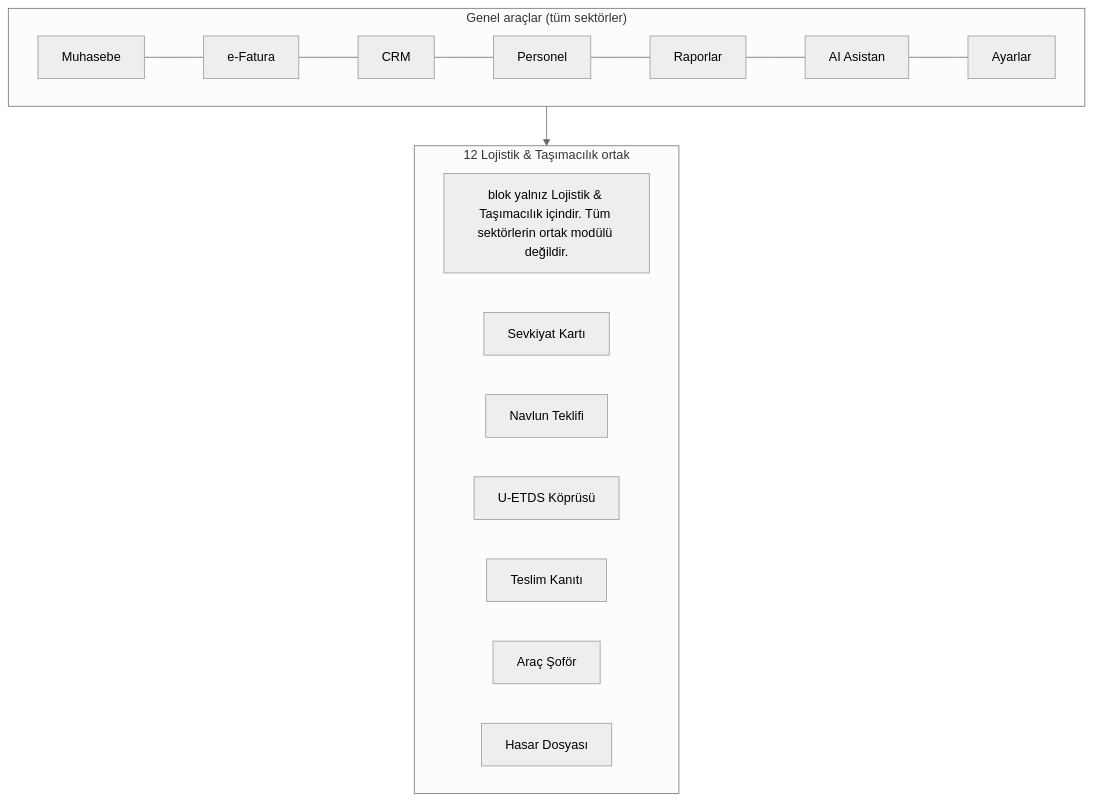
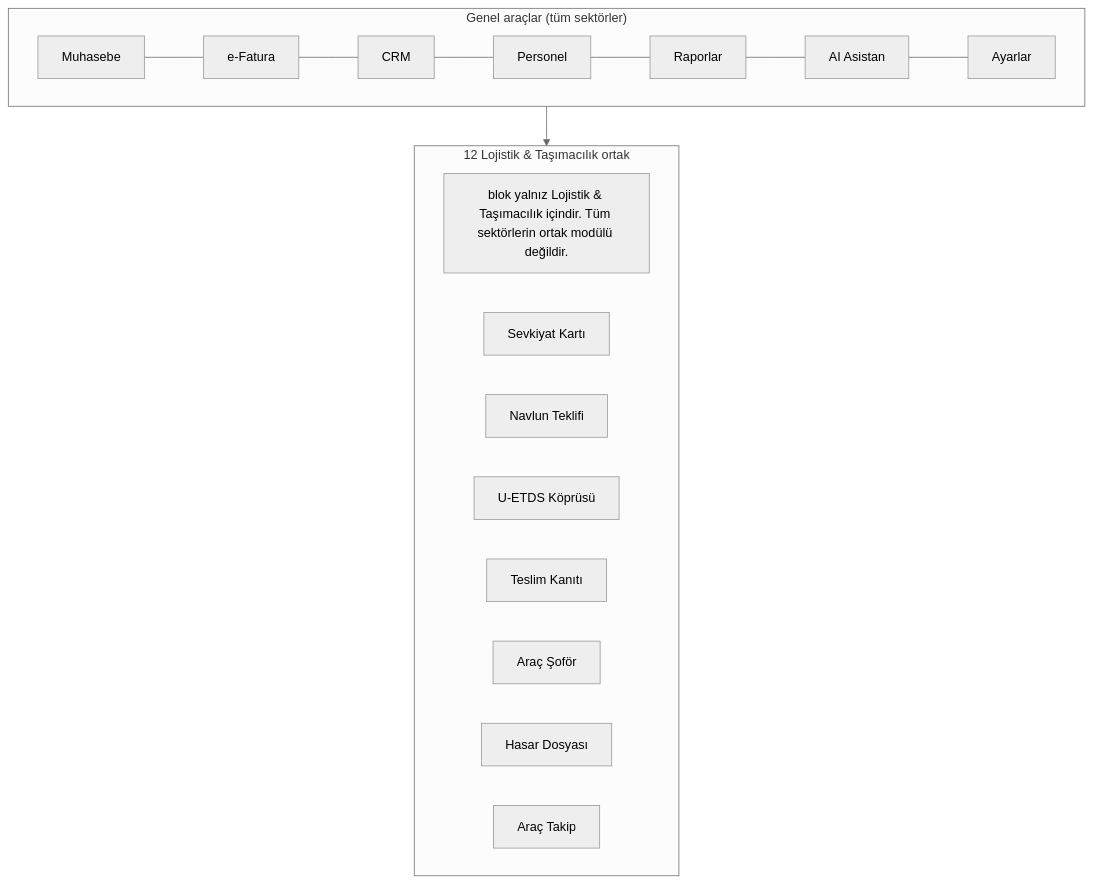
Before and after one commit to sametkarabulut-dev/xfuturepos-v2: the second of 2 diagrams in 01 Sektörler/12 Lojistik & Taşımacılık.md, drawn with Mermaid (neutral theme). The commit also changed other lines of this file and 5 other files, not shown here.

````diff
--- a/01 Sektörler/12 Lojistik & Taşımacılık.md
+++ b/01 Sektörler/12 Lojistik & Taşımacılık.md
@@ -66,16 +69,17 @@
 ```mermaid
 flowchart TB
   subgraph GEN["Genel araçlar (tüm sektörler)"]
     G1[Muhasebe] --- G2[e-Fatura] --- G3[CRM] --- G4[Personel] --- G5[Raporlar] --- G6[AI Asistan] --- G7[Ayarlar]
   end
   subgraph OZEL["12 Lojistik & Taşımacılık ortak"]
     O1[blok yalnız Lojistik & Taşımacılık içindir. Tüm sektörlerin ortak modülü değildir.]
     O2[Sevkiyat Kartı]
     O3[Navlun Teklifi]
     O4[U-ETDS Köprüsü]
     O5[Teslim Kanıtı]
     O6[Araç Şoför]
     O7[Hasar Dosyası]
+    O8[Araç Takip]
   end
   GEN --> OZEL
 ```
````
